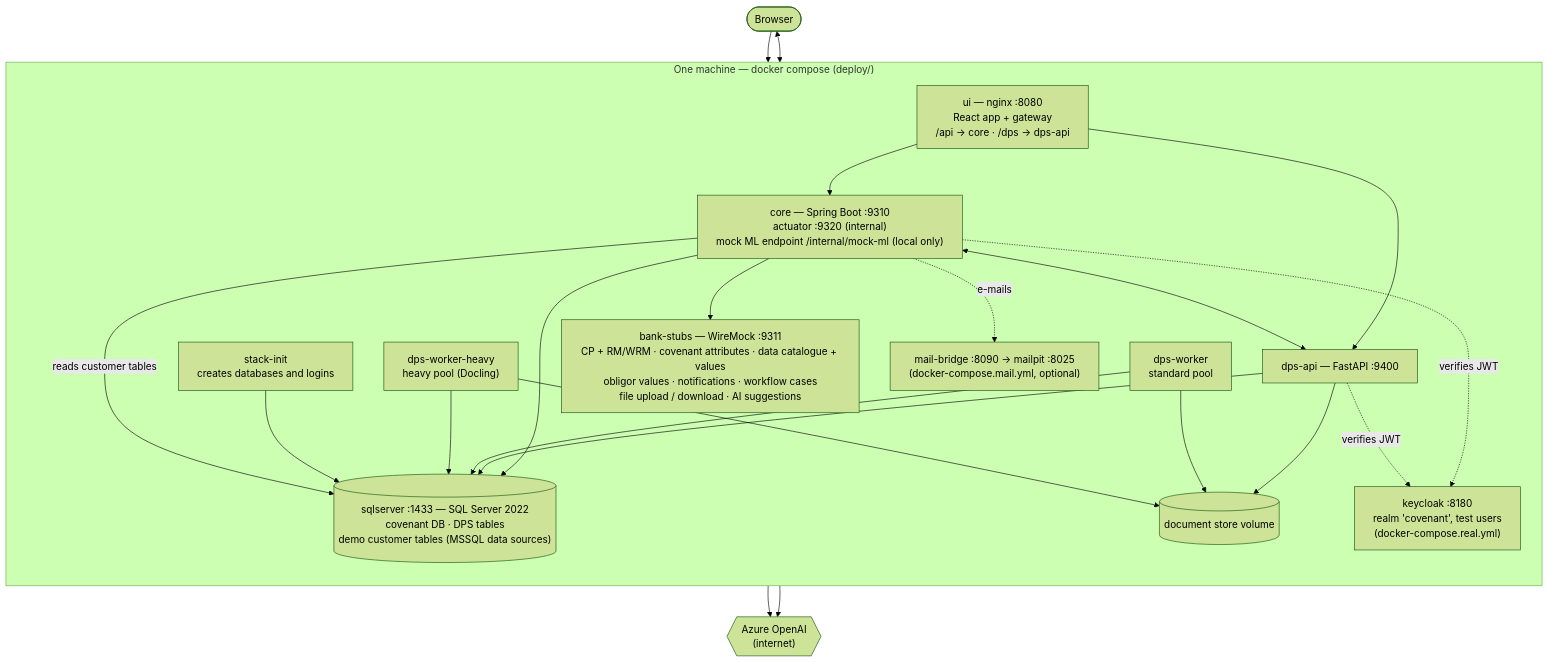
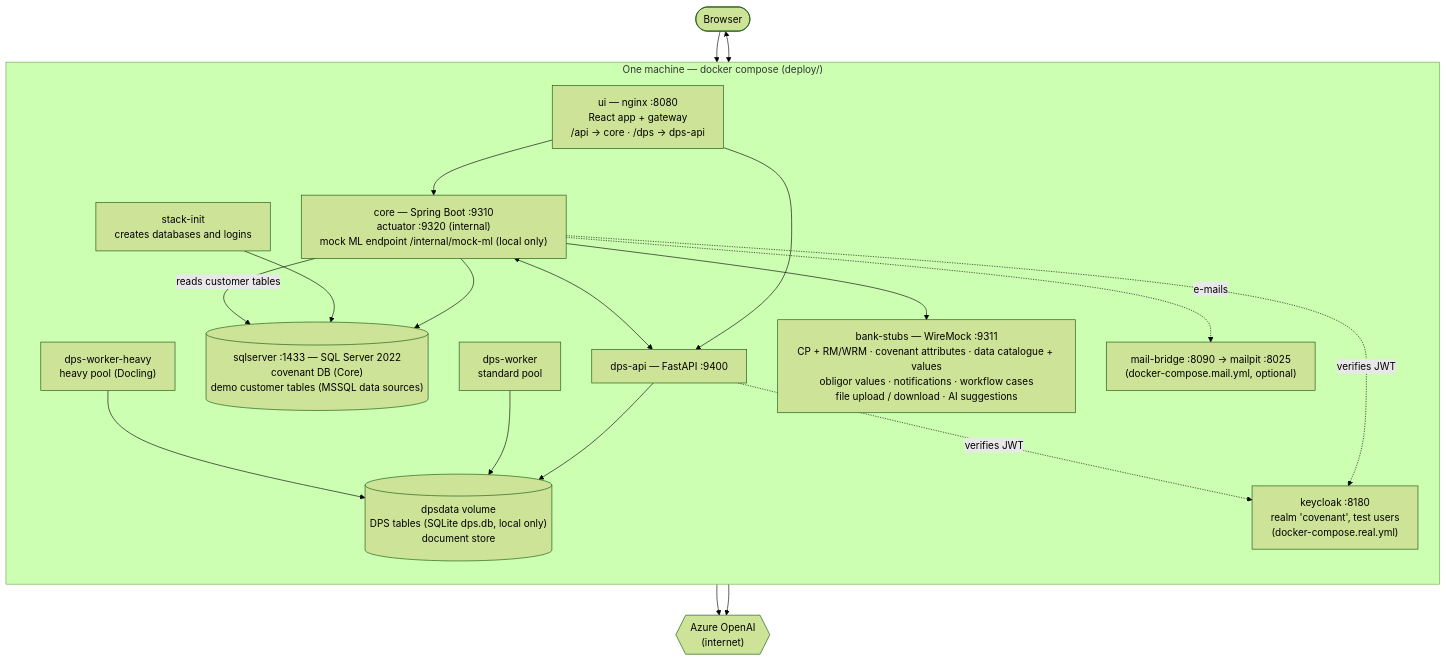
One commit to Vishwas2311/loan-covenant-platform changed the second of 10 diagrams in docs/architecture/covenant-platform.md. Above: the diagram before and after it, drawn with Mermaid (forest theme). The commit also changed other lines of this file and 95 other files, not shown here.

````diff
--- a/docs/architecture/covenant-platform.md
+++ b/docs/architecture/covenant-platform.md
@@ -248,43 +248,40 @@
 ```mermaid
 %%{init: {"flowchart": {"wrappingWidth": 420}}}%%
 flowchart TB
     browser(["Browser"])
 
     subgraph host["One machine — docker compose (deploy/)"]
         direction TB
         ui["ui — nginx :8080<br/>React app + gateway<br/>/api → core · /dps → dps-api"]
         kc["keycloak :8180<br/>realm 'covenant', test users<br/>(docker-compose.real.yml)"]
         core["core — Spring Boot :9310<br/>actuator :9320 (internal)<br/>mock ML endpoint /internal/mock-ml (local only)"]
         dpsapi["dps-api — FastAPI :9400"]
         w1["dps-worker<br/>standard pool"]
         w2["dps-worker-heavy<br/>heavy pool (Docling)"]
-        sql[("sqlserver :1433 — SQL Server 2022<br/>covenant DB · DPS tables<br/>demo customer tables (MSSQL data sources)")]
+        sql[("sqlserver :1433 — SQL Server 2022<br/>covenant DB (Core)<br/>demo customer tables (MSSQL data sources)")]
         init["stack-init<br/>creates databases and logins"]
         stubs["bank-stubs — WireMock :9311<br/>CP + RM/WRM · covenant attributes · data catalogue + values<br/>obligor values · notifications · workflow cases<br/>file upload / download · AI suggestions"]
-        vol[("document store volume")]
+        vol[("dpsdata volume<br/>DPS tables (SQLite dps.db, local only)<br/>document store")]
         mp["mail-bridge :8090 → mailpit :8025<br/>(docker-compose.mail.yml, optional)"]
     end
 
     aoai{{"Azure OpenAI<br/>(internet)"}}
 
     browser --> ui
     browser <--> kc
     ui --> core
     ui --> dpsapi
     core --> sql
-    dpsapi --> sql
-    w1 --> sql
-    w2 --> sql
     dpsapi --> vol
     w1 --> vol
     w2 --> vol
     init --> sql
     core --> stubs
     core -->|reads customer tables| sql
     core -. e-mails .-> mp
     core <--> dpsapi
     dpsapi --> aoai
     w1 --> aoai
     core -. verifies JWT .-> kc
     dpsapi -. verifies JWT .-> kc
 ```
````
